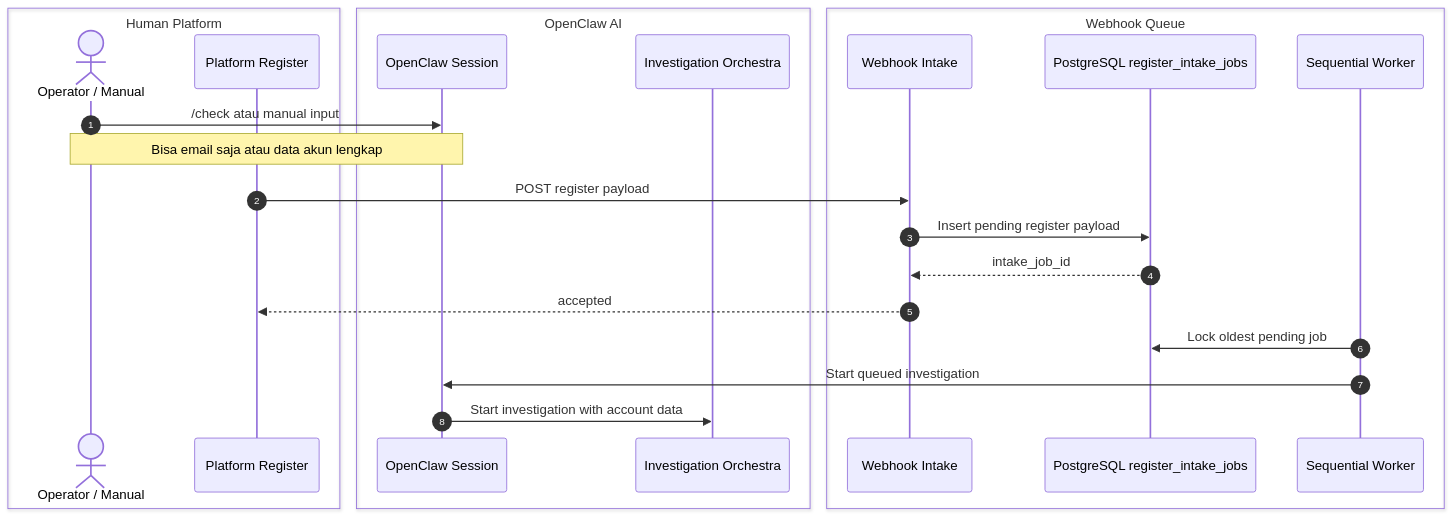
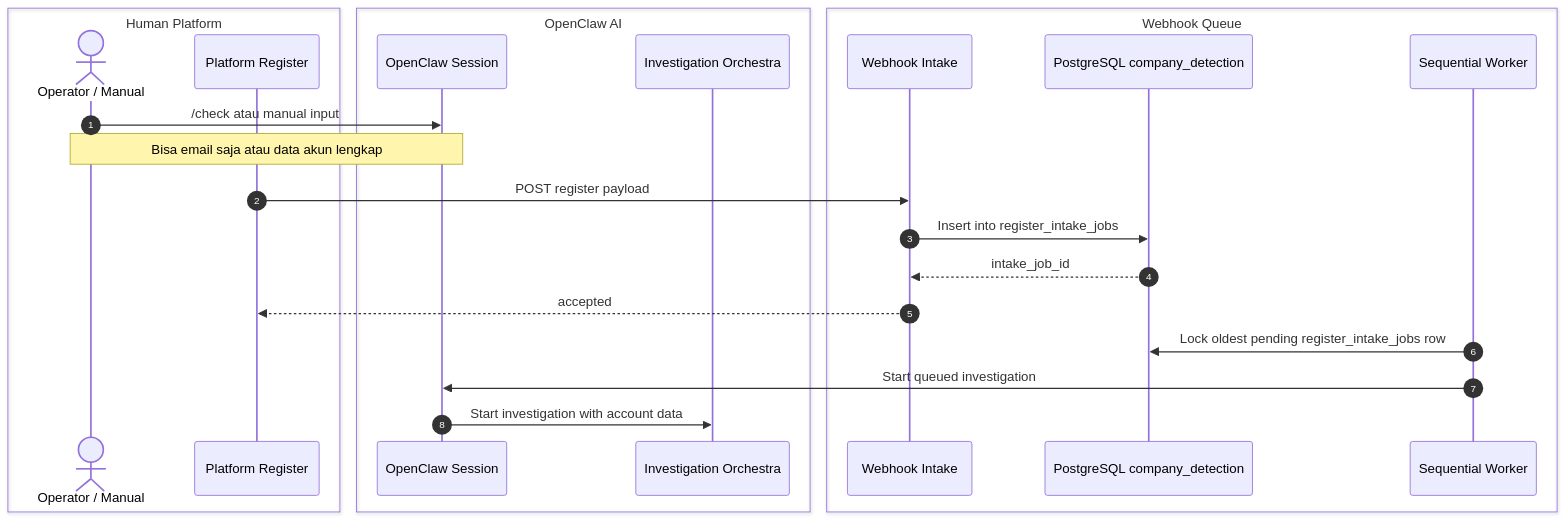
Before and after one commit to nunutech40/company-detector-bot: the third of 8 diagrams in docs/technical/FLOW_MAP.md, drawn with Mermaid. The commit also changed other lines of this file and 1 other file, not shown here.

Commit message:
show single postgres database in flow

````diff
--- a/docs/technical/FLOW_MAP.md
+++ b/docs/technical/FLOW_MAP.md
@@ -229,29 +228,29 @@
 ```mermaid
 sequenceDiagram
   autonumber
   box Human Platform
     actor Operator as Operator / Manual
     participant Platform as Platform Register
   end
 
   box OpenClaw AI
     participant Session as OpenClaw Session
     participant Orchestra as Investigation Orchestra
   end
 
   box Webhook Queue
     participant Webhook as Webhook Intake
-    participant IntakeDB as PostgreSQL register_intake_jobs
+    participant DB as PostgreSQL company_detection
     participant Worker as Sequential Worker
   end
 
   Operator->>Session: /check atau manual input
   Note over Operator,Session: Bisa email saja atau data akun lengkap
   Platform->>Webhook: POST register payload
-  Webhook->>IntakeDB: Insert pending register payload
-  IntakeDB-->>Webhook: intake_job_id
+  Webhook->>DB: Insert into register_intake_jobs
+  DB-->>Webhook: intake_job_id
   Webhook-->>Platform: accepted
-  Worker->>IntakeDB: Lock oldest pending job
+  Worker->>DB: Lock oldest pending register_intake_jobs row
   Worker->>Session: Start queued investigation
   Session->>Orchestra: Start investigation with account data
 ```
````
